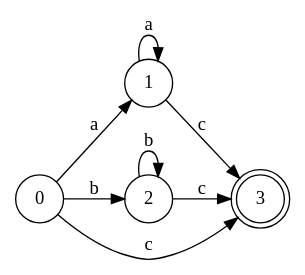
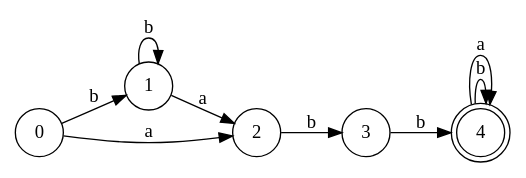
One commit to JoseGon20335/labC-lenguajes changed the diagram in AFD Directo.gv. Above: the diagram before and after it, drawn with Graphviz. The commit also changed 20 other files, not shown here.

```diff
--- a/AFD Directo.gv
+++ b/AFD Directo.gv
@@ -1,15 +1,17 @@
 // resultado
 digraph "AFD Directo" {
 	graph [rankdir=LR]
-	3162970087024 [label=0 shape=circle]
-	3162970082128 [label=1 shape=circle]
-	3162970086880 [label=2 shape=circle]
-	3162970086304 [label=3 shape=doublecircle]
-	3162970087024 -> 3162970082128 [label=a]
-	3162970087024 -> 3162970086880 [label=b]
-	3162970087024 -> 3162970086304 [label=c]
-	3162970082128 -> 3162970082128 [label=a]
-	3162970082128 -> 3162970086304 [label=c]
-	3162970086880 -> 3162970086880 [label=b]
-	3162970086880 -> 3162970086304 [label=c]
+	2107392528000 [label=0 shape=circle]
+	2107392529056 [label=1 shape=circle]
+	2107392528240 [label=2 shape=circle]
+	2107392530736 [label=3 shape=circle]
+	2107392326384 [label=4 shape=doublecircle]
+	2107392528000 -> 2107392529056 [label=b]
+	2107392528000 -> 2107392528240 [label=a]
+	2107392529056 -> 2107392529056 [label=b]
+	2107392529056 -> 2107392528240 [label=a]
+	2107392528240 -> 2107392530736 [label=b]
+	2107392530736 -> 2107392326384 [label=b]
+	2107392326384 -> 2107392326384 [label=b]
+	2107392326384 -> 2107392326384 [label=a]
 }
```
